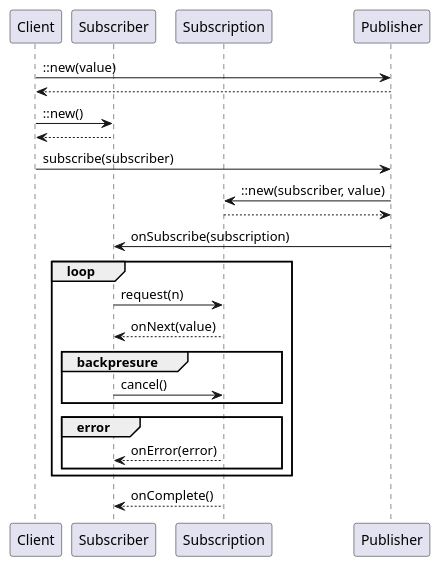
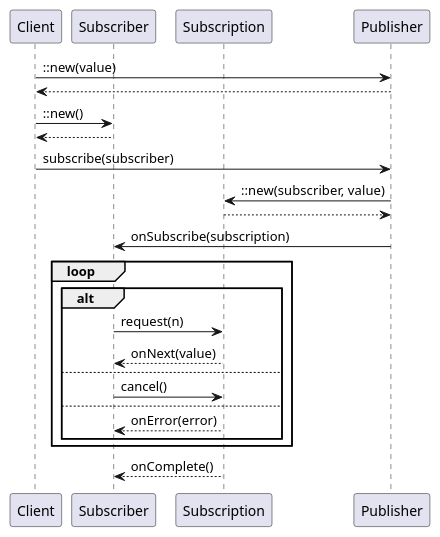
Before and after one commit to yanghoon/obsidian-workspace: the diagram in _diary/2024-06-18.md, drawn with PlantUML.

Commit message:
vault backup: 2024-06-19 00:21:43

````diff
--- a/_diary/2024-06-18.md
+++ b/_diary/2024-06-18.md
@@ -3,34 +3,34 @@
 ```plantuml
 @startuml
 
 participant Client as Client
 participant Subscriber as Sub
 participant Subscription as Subn
 participant Publisher as Pub
 
 Client -> Pub: ::new(value)
 Client <-- Pub
 Client -> Sub: ::new()
 Client <-- Sub
 
 Client -> Pub: subscribe(subscriber)
 Pub -> Subn: ::new(subscriber, value)
 Pub <-- Subn
 Pub -> Sub: onSubscribe(subscription)
 
 group loop
+  alt
   Sub -> Subn: request(n)
   Sub <-- Subn: onNext(value)
-  group backpresure
+  else
 	Sub -> Subn: cancel()
-  end
-  group error
+  else
     Sub <-- Subn: onError(error)
   end
 end
 
 Sub <-- Subn: onComplete()
 
 
 @enduml
 ```
````
